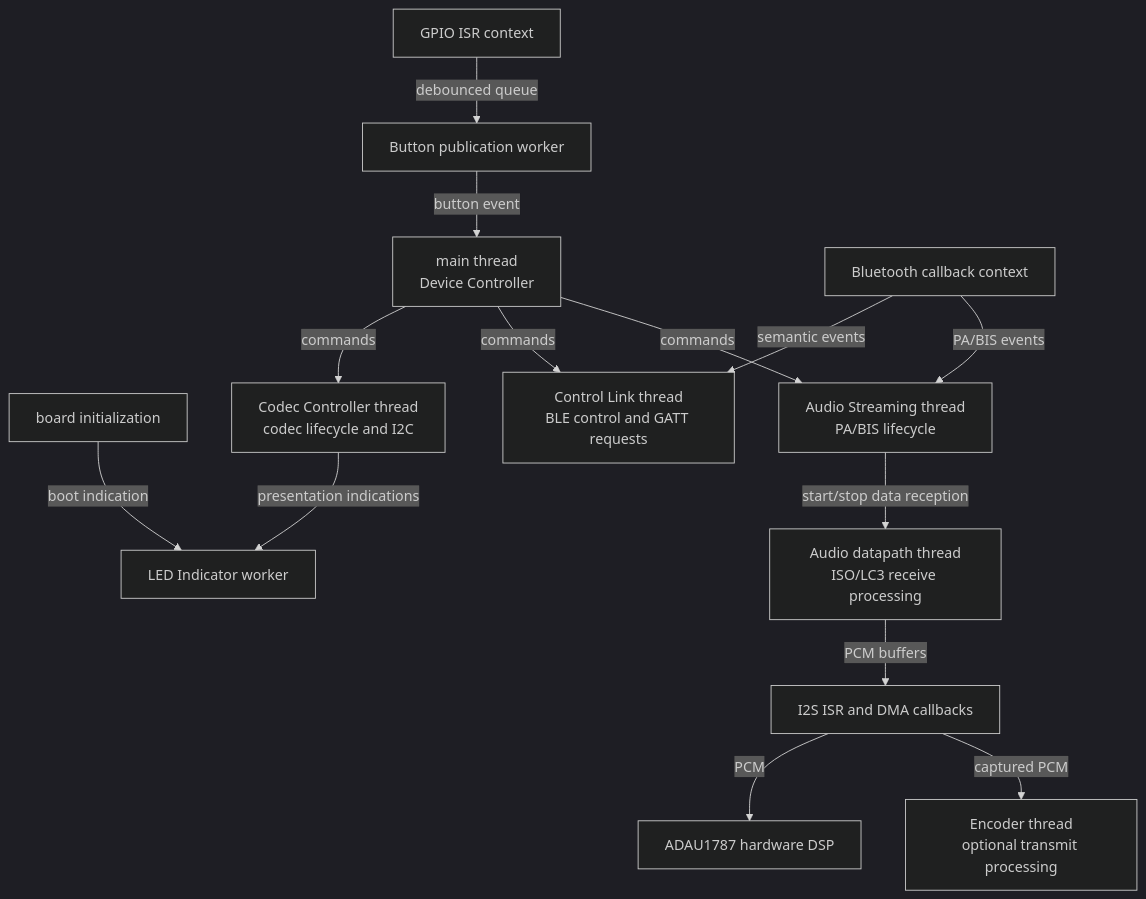
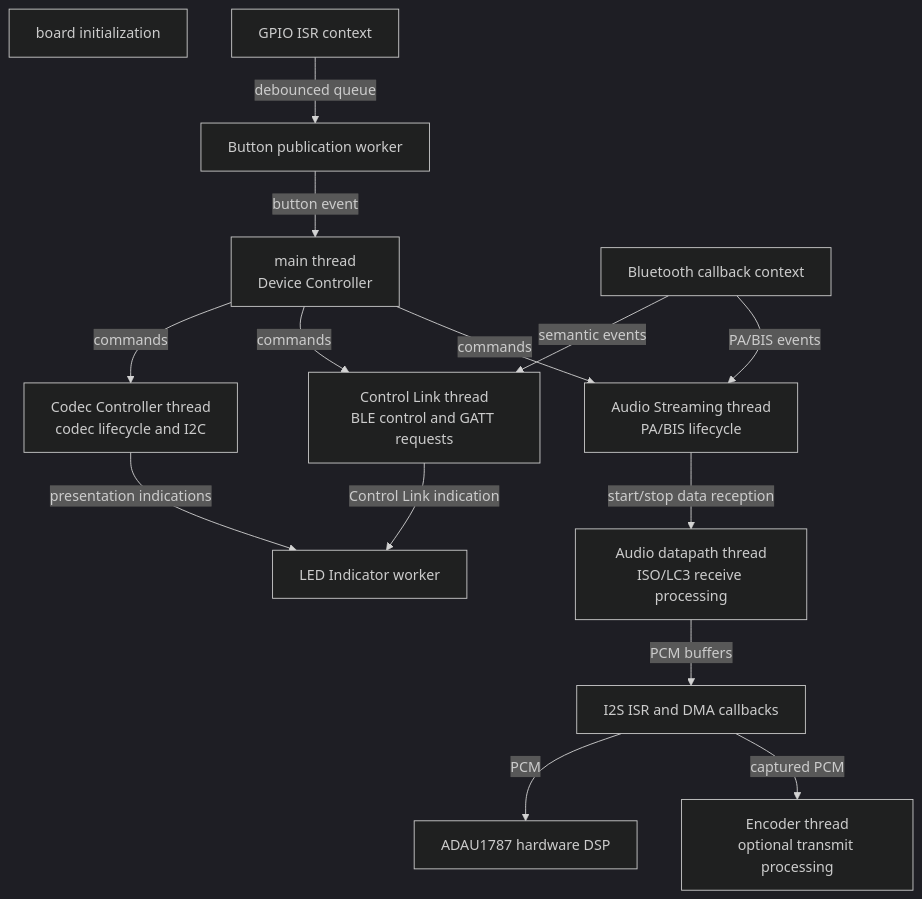
The diagram in docs/architecture/threads-and-contexts.md (Matheus-Cavalcanti/tiresias-soak-test), drawn with Mermaid (dark theme) before and after one commit. The commit also changed other lines of this file and 6 other files, not shown here.

````diff
--- a/docs/architecture/threads-and-contexts.md
+++ b/docs/architecture/threads-and-contexts.md
@@ -28,34 +28,34 @@
 ```mermaid
 flowchart TB
     main["main thread<br/>Device Controller"]
     board["board initialization"]
     codec["Codec Controller thread<br/>codec lifecycle and I2C"]
     control["Control Link thread<br/>BLE control and GATT requests"]
     streaming["Audio Streaming thread<br/>PA/BIS lifecycle"]
 
     btcb["Bluetooth callback context"]
     gpio["GPIO ISR context"]
     button["Button publication worker"]
     led["LED Indicator worker"]
 
     rx["Audio datapath thread<br/>ISO/LC3 receive processing"]
     encoder["Encoder thread<br/>optional transmit processing"]
     i2s["I2S ISR and DMA callbacks"]
     dsp["ADAU1787 hardware DSP"]
 
     btcb -->|"semantic events"| control
     btcb -->|"PA/BIS events"| streaming
     gpio -->|"debounced queue"| button
     button -->|"button event"| main
 
     main -->|"commands"| codec
     main -->|"commands"| control
     main -->|"commands"| streaming
-    board -->|"boot indication"| led
+    control -->|"Control Link indication"| led
     codec -->|"presentation indications"| led
 
     streaming -->|"start/stop data reception"| rx
     rx -->|"PCM buffers"| i2s
     i2s -->|"PCM"| dsp
     i2s -->|"captured PCM"| encoder
 ```
````
